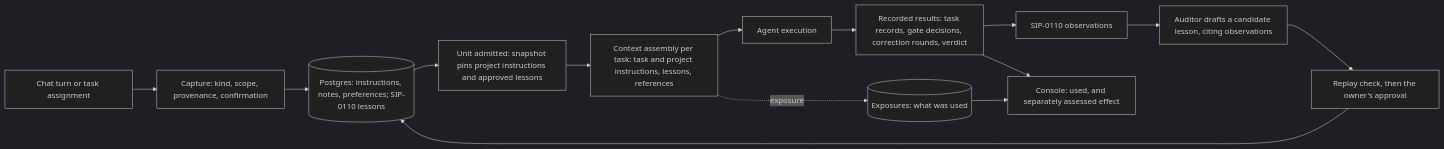
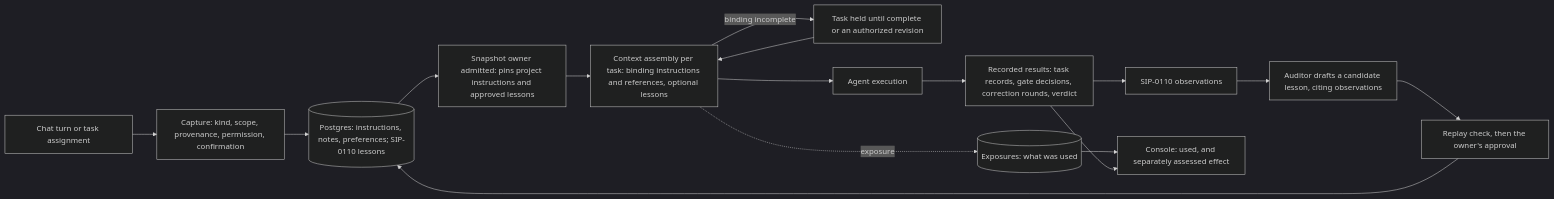
The diagram in sips/proposed/SIP-Memory-Entry-Points.md (backspring-labs/squad-ops), drawn with Mermaid (dark theme) before and after one commit. The commit also changed other lines of this file and 5 other files, not shown here.

````diff
--- a/sips/proposed/SIP-Memory-Entry-Points.md
+++ b/sips/proposed/SIP-Memory-Entry-Points.md
@@ -385,16 +554,18 @@
 ```mermaid
 flowchart LR
-  A[Chat turn or task assignment] --> B[Capture: kind, scope, provenance, confirmation]
+  A[Chat turn or task assignment] --> B[Capture: kind, scope, provenance, permission, confirmation]
   B --> C[(Postgres: instructions, notes, preferences; SIP-0110 lessons)]
-  C --> D[Unit admitted: snapshot pins project instructions and approved lessons]
-  D --> E[Context assembly per task: task and project instructions, lessons, references]
+  C --> D[Snapshot owner admitted: pins project instructions and approved lessons]
+  D --> E[Context assembly per task: binding instructions and references, optional lessons]
+  E -- binding incomplete --> X[Task held until complete or an authorized revision]
+  X --> E
   E --> F[Agent execution]
   F --> G[Recorded results: task records, gate decisions, correction rounds, verdict]
   E -. exposure .-> H[(Exposures: what was used)]
   G --> I[SIP-0110 observations]
   I --> J[Auditor drafts a candidate lesson, citing observations]
   J --> K[Replay check, then the owner's approval]
   K --> C
   H --> L[Console: used, and separately assessed effect]
   G --> L
 ```
````
